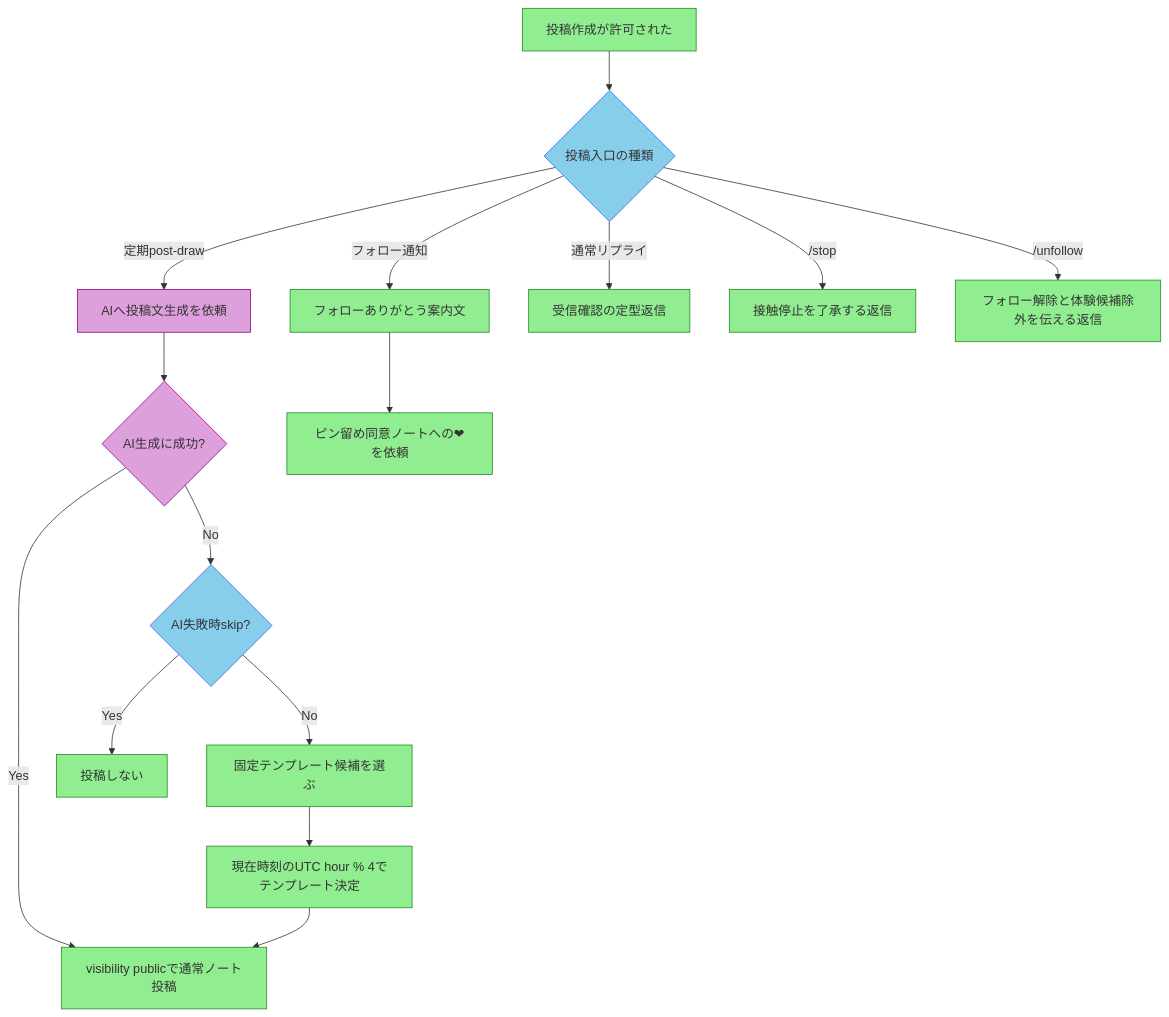
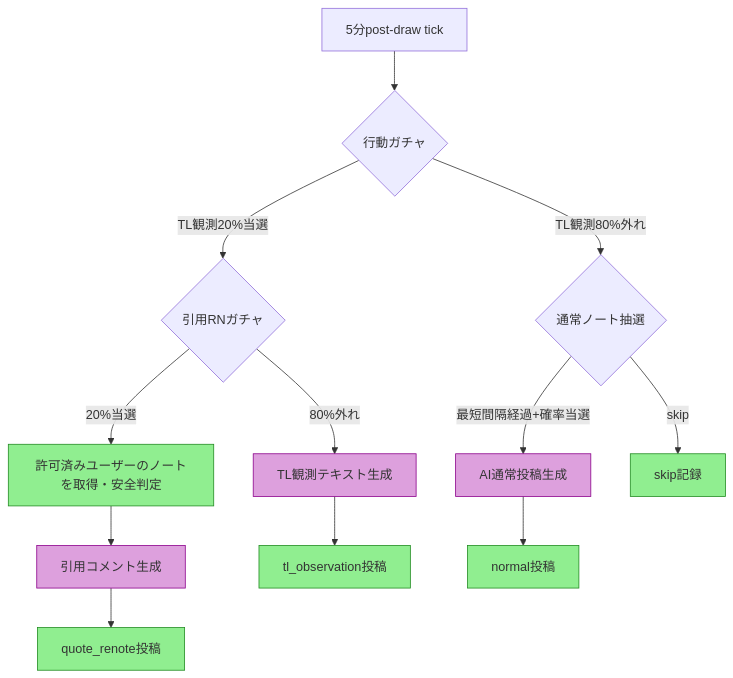
One commit to rohto4/io-bot-soul changed the first of 3 diagrams in docs/spec/posting-content-rules.md. Above: the diagram before and after it, drawn with Mermaid. The commit also changed other lines of this file and 17 other files, not shown here.

First line of the commit message:
action-flow-v2実装: 独立ガチャ・TL参照モード・体験候補蓄積土台

````diff
--- a/docs/spec/posting-content-rules.md
+++ b/docs/spec/posting-content-rules.md
@@ -17,24 +19,19 @@
 ```mermaid
 flowchart TD
-    A[投稿作成が許可された] --> B{投稿入口の種類}
-    B -- 定期post-draw --> C[AIへ投稿文生成を依頼]:::ai
-    C --> D{AI生成に成功?}:::decision
-    D -- Yes --> E[visibility publicで通常ノート投稿]
-    D -- No --> S{AI失敗時skip?}:::decision
-    S -- Yes --> X[投稿しない]
-    S -- No --> T[固定テンプレート候補を選ぶ]
-    T --> U[現在時刻のUTC hour % 4でテンプレート決定]
-    U --> E
-    B -- フォロー通知 --> FG[フォローありがとう案内文]
-    FG --> FH[ピン留め同意ノートへの❤を依頼]
-    B -- 通常リプライ --> R[受信確認の定型返信]
-    B -- /stop --> ST[接触停止を了承する返信]
-    B -- /unfollow --> UF[フォロー解除と体験候補除外を伝える返信]
+    A[5分post-draw tick] --> B{行動ガチャ}
+    B -- TL観測20%当選 --> C{引用RNガチャ}
+    C -- 20%当選 --> D[許可済みユーザーのノートを取得・安全判定]:::implemented
+    D --> E[引用コメント生成]:::ai
+    E --> F[quote_renote投稿]:::implemented
+    C -- 80%外れ --> G[TL観測テキスト生成]:::ai
+    G --> H[tl_observation投稿]:::implemented
+    B -- TL観測80%外れ --> I{通常ノート抽選}
+    I -- 最短間隔経過+確率当選 --> J[AI通常投稿生成]:::ai
+    J --> K[normal投稿]:::implemented
+    I -- skip --> L[skip記録]:::implemented
 
     classDef implemented fill:#90EE90,stroke:#228B22
-    classDef decision fill:#87CEEB,stroke:#4169E1
     classDef ai fill:#DDA0DD,stroke:#8B008B
-    class A,E,FG,FH,R,ST,UF,T,U,X implemented
-    class B,S decision
-    class C,D ai
+    class D,F,H,K,L implemented
+    class E,G,J ai
 ```
````
